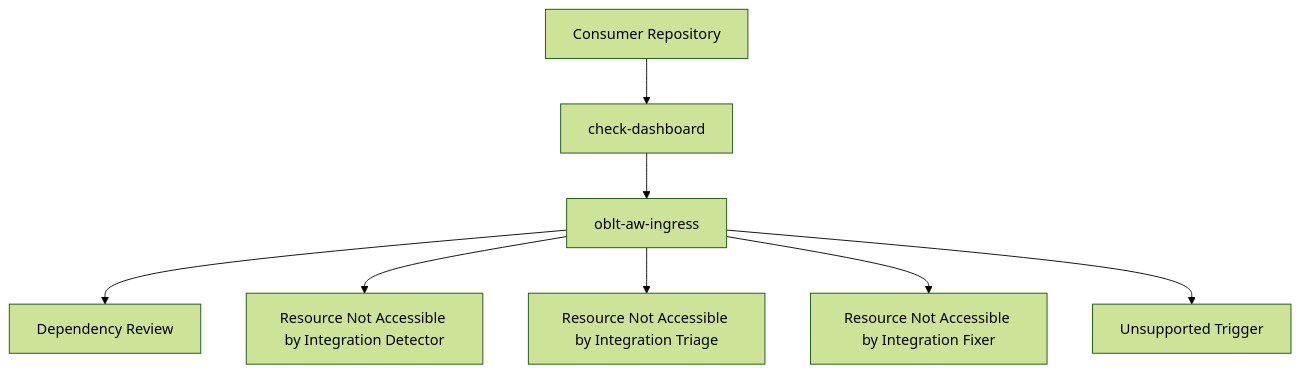
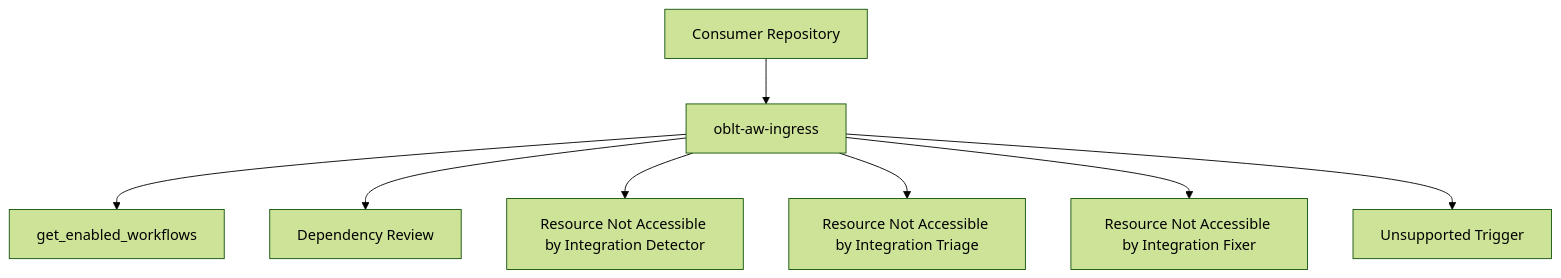
Before and after one commit to elastic/oblt-aw: the diagram in docs/architecture/overview.md, drawn with Mermaid (forest theme). The commit also changed other lines of this file and 10 other files, not shown here.

First line of the commit message:
feat(workflows): dashboard gating via get_enabled_workflows

````diff
--- a/docs/architecture/overview.md
+++ b/docs/architecture/overview.md
@@ -78,10 +81,10 @@
 ```mermaid
 flowchart TD
-  A[Consumer Repository] --> B[check-dashboard]
-  B --> C[oblt-aw-ingress]
+  A[Consumer Repository] --> C[oblt-aw-ingress]
+  C --> B[get_enabled_workflows]
   C --> D[Dependency Review]
   C --> E[Resource Not Accessible by Integration Detector]
   C --> F[Resource Not Accessible by Integration Triage]
   C --> G[Resource Not Accessible by Integration Fixer]
   C --> X[Unsupported Trigger]
 ```
````
